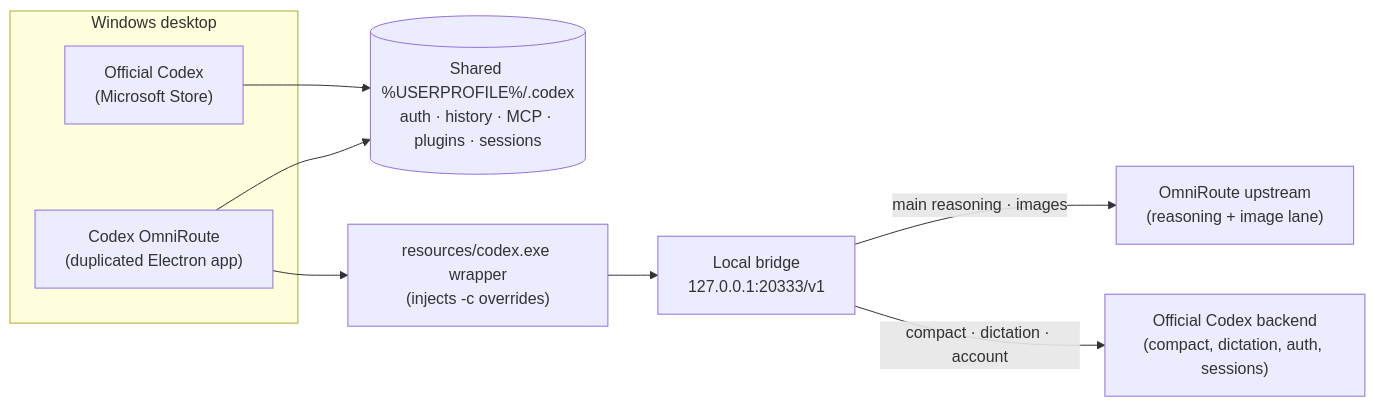
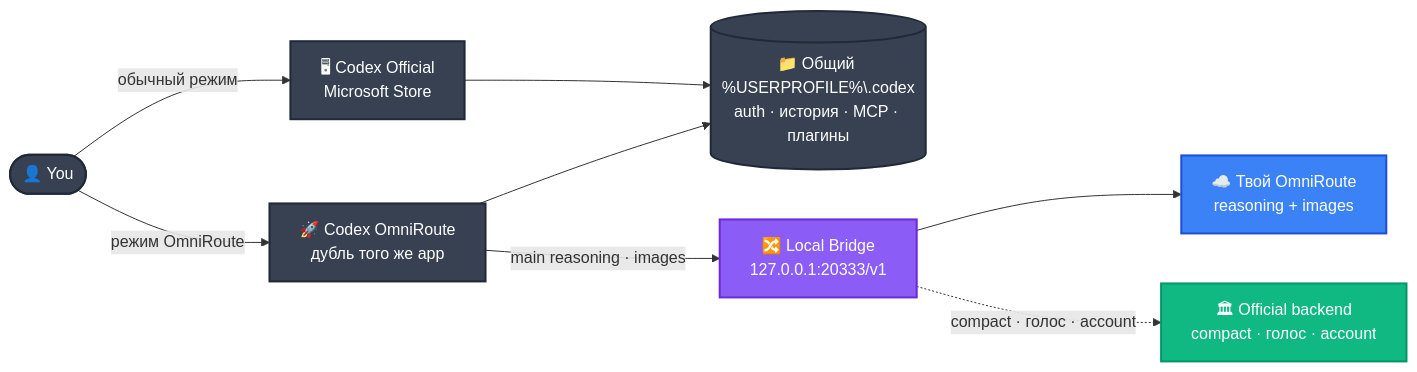
Before and after one commit to Destruction13/Codex-Omniroute: the diagram in README.md, drawn with Mermaid. The commit also changed other lines of this file, not shown here.

````diff
--- a/README.md
+++ b/README.md
@@ -240,21 +171,28 @@
 ```mermaid
 flowchart LR
-    subgraph User["Windows desktop"]
-        Official["Official Codex<br/>(Microsoft Store)"]
-        Omni["Codex OmniRoute<br/>(duplicated Electron app)"]
-    end
+    user([👤 You])
+    official[🖥 Codex Official<br/>Microsoft Store]
+    omni[🚀 Codex OmniRoute<br/>дубль того же app]
+    home[("📁 Общий %USERPROFILE%\.codex<br/>auth · история · MCP · плагины")]
+    bridge[🔀 Local Bridge<br/>127.0.0.1:20333/v1]
+    route[☁️ Твой OmniRoute<br/>reasoning + images]
+    backend[🏛 Official backend<br/>compact · голос · account]
 
-    Home[("Shared %USERPROFILE%/.codex<br/>auth · history · MCP · plugins · sessions")]
-    Wrapper["resources/codex.exe wrapper<br/>(injects -c overrides)"]
-    Bridge["Local bridge<br/>127.0.0.1:20333/v1"]
+    user -->|обычный режим| official
+    user -->|режим OmniRoute| omni
+    official --> home
+    omni --> home
+    omni -->|main reasoning · images| bridge
+    bridge --> route
+    bridge -.->|compact · голос · account| backend
 
-    Route["OmniRoute upstream<br/>(reasoning + image lane)"]
-    OpenAI["Official Codex backend<br/>(compact, dictation, auth, sessions)"]
+    classDef purple fill:#8B5CF6,stroke:#6D28D9,color:#fff,stroke-width:2px
+    classDef blue fill:#3B82F6,stroke:#1D4ED8,color:#fff,stroke-width:2px
+    classDef green fill:#10B981,stroke:#059669,color:#fff,stroke-width:2px
+    classDef gray fill:#374151,stroke:#1F2937,color:#fff,stroke-width:2px
 
-    Official --> Home
-    Omni --> Home
-    Omni --> Wrapper
-    Wrapper --> Bridge
-    Bridge -- "main reasoning · images" --> Route
-    Bridge -- "compact · dictation · account" --> OpenAI
+    class bridge purple
+    class route blue
+    class backend green
+    class user,official,omni,home gray
 ```
````
